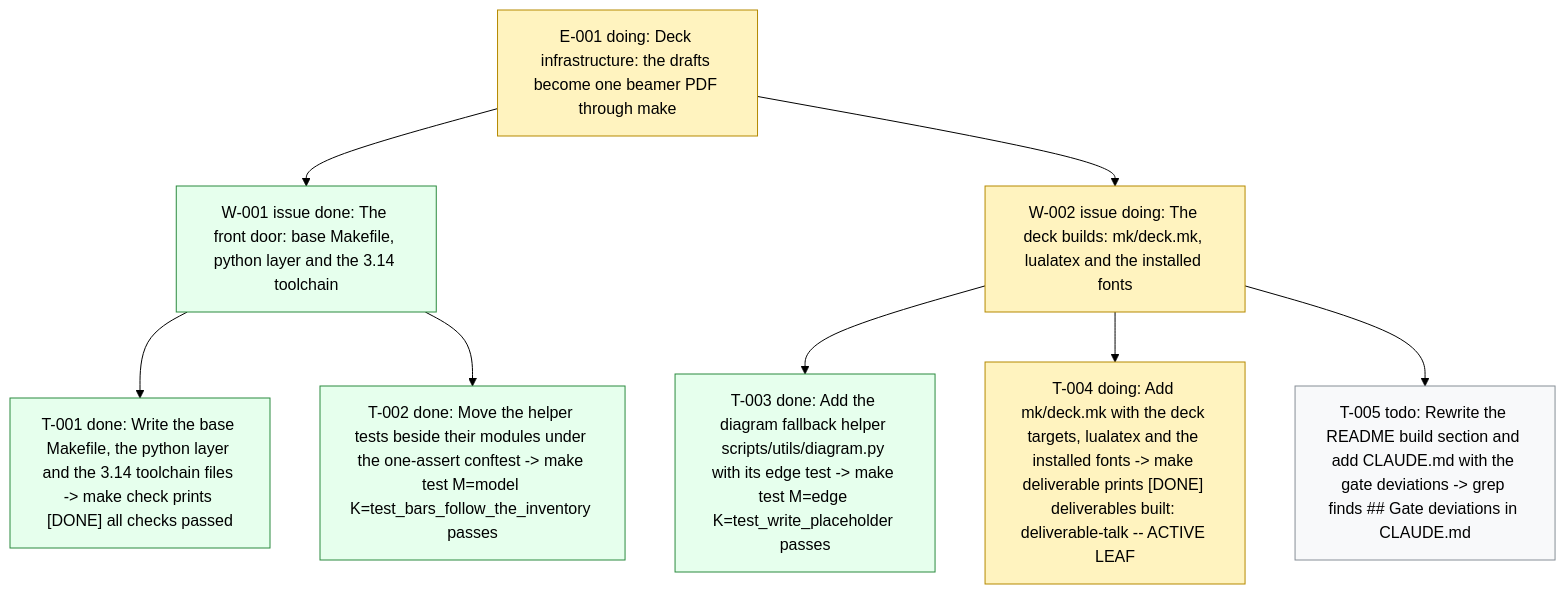
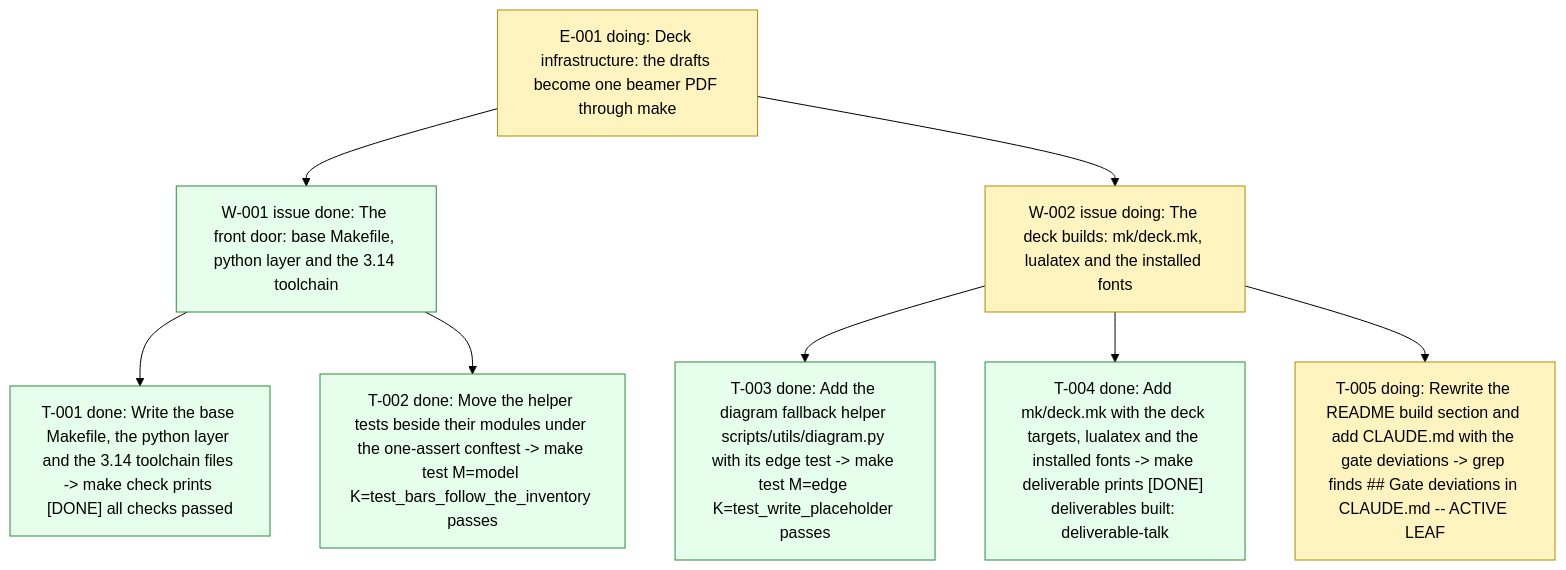
The diagram in .board/BOARD.md (dpopchev/chaos-to-simple), drawn with Mermaid (forest theme) before and after one commit. The commit also changed other lines of this file and 2 other files, not shown here.

Commit message:
chore(board): close T-004, start T-005
Refs: W-002 T-004 T-005

````diff
--- a/.board/BOARD.md
+++ b/.board/BOARD.md
@@ -14,19 +14,18 @@
 ```mermaid
 flowchart TD
   E001["E-001 doing: Deck infrastructure: the drafts become one beamer PDF through make"]
   E001 --> W001["W-001 issue done: The front door: base Makefile, python layer and the 3.14 toolchain"]
   W001 --> T001["T-001 done: Write the base Makefile, the python layer and the 3.14 toolchain files -> make check prints [DONE] all checks passed"]
   W001 --> T002["T-002 done: Move the helper tests beside their modules under the one-assert conftest -> make test M=model K=test_bars_follow_the_inventory passes"]
   E001 --> W002["W-002 issue doing: The deck builds: mk/deck.mk, lualatex and the installed fonts"]
   W002 --> T003["T-003 done: Add the diagram fallback helper scripts/utils/diagram.py with its edge test -> make test M=edge K=test_write_placeholder passes"]
-  W002 --> T004["T-004 doing: Add mk/deck.mk with the deck targets, lualatex and the installed fonts -> make deliverable prints [DONE] deliverables built: deliverable-talk -- ACTIVE LEAF"]
-  W002 --> T005["T-005 todo: Rewrite the README build section and add CLAUDE.md with the gate deviations -> grep finds ## Gate deviations in CLAUDE.md"]
+  W002 --> T004["T-004 done: Add mk/deck.mk with the deck targets, lualatex and the installed fonts -> make deliverable prints [DONE] deliverables built: deliverable-talk"]
+  W002 --> T005["T-005 doing: Rewrite the README build section and add CLAUDE.md with the gate deviations -> grep finds ## Gate deviations in CLAUDE.md -- ACTIVE LEAF"]
   classDef doing fill:#fff3bf,stroke:#b58900,color:#000;
   classDef blocked fill:#ffe3e3,stroke:#c92a2a,color:#000;
   classDef done fill:#e6ffed,stroke:#2b8a3e,color:#000;
   classDef todo fill:#f8f9fa,stroke:#868e96,color:#000;
   classDef pruned fill:#f1f3f5,stroke:#adb5bd,color:#000;
-  class E001,W002,T004 doing
-  class W001,T001,T002,T003 done
-  class T005 todo
+  class E001,W002,T005 doing
+  class W001,T001,T002,T003,T004 done
 ```
````
